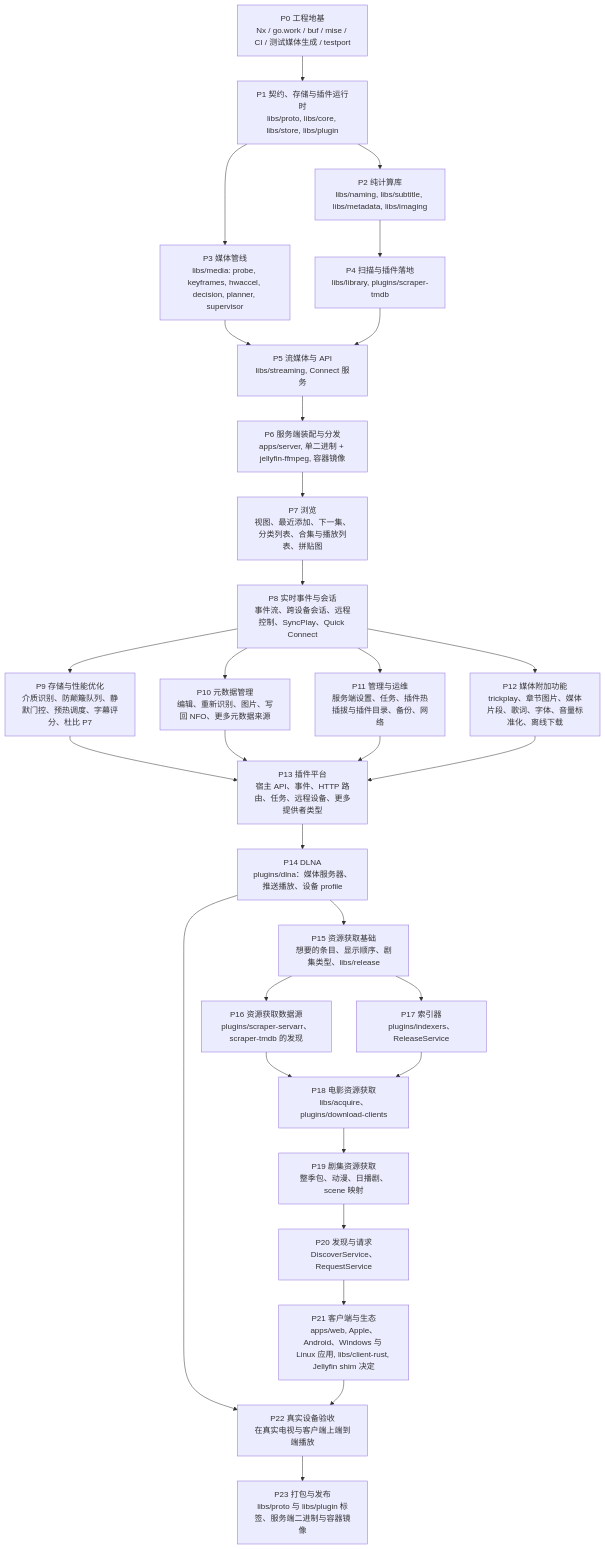
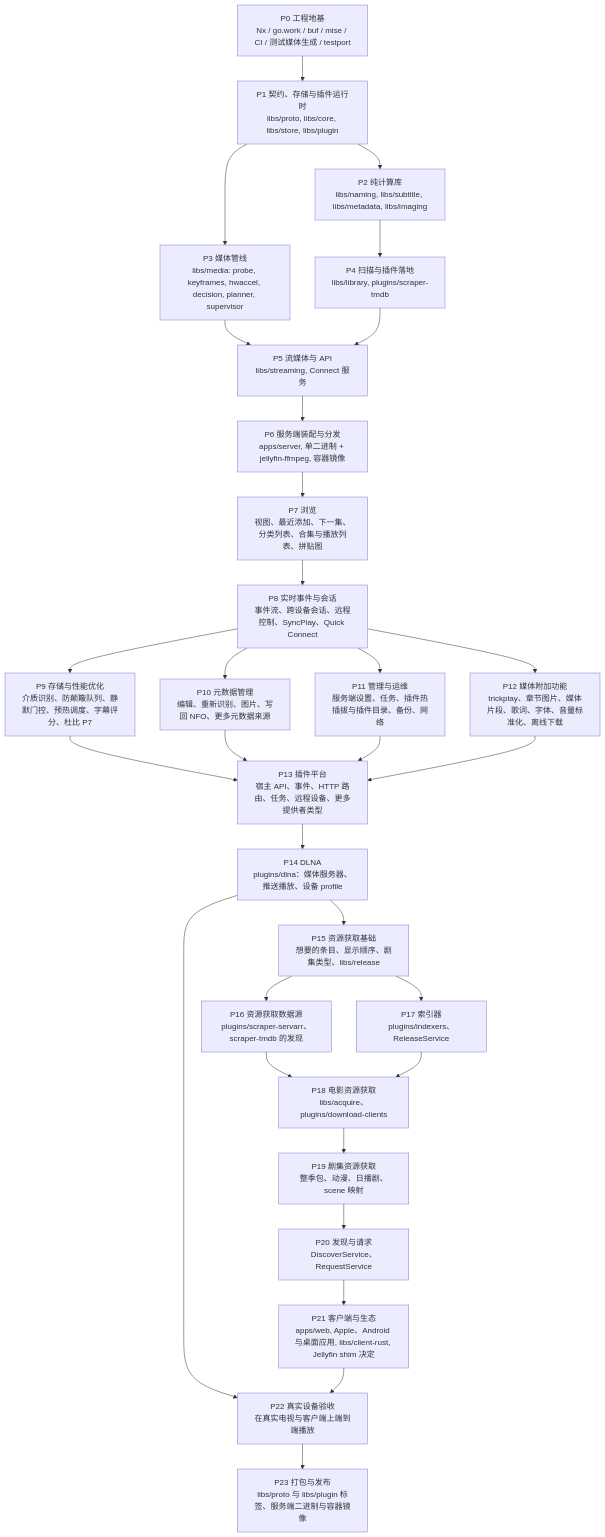
Before and after one commit to mavioai/mavio: the diagram in docs/roadmap.zh-CN.md, drawn with Mermaid. The commit also changed other lines of this file and 19 other files, not shown here.

First line of the commit message:
docs: the desktop app, apps/desktop, on macOS, Windows and Linux

````diff
--- a/docs/roadmap.zh-CN.md
+++ b/docs/roadmap.zh-CN.md
@@ -20,57 +20,57 @@
 ```mermaid
 flowchart TD
     P0["P0 工程地基<br/>Nx / go.work / buf / mise / CI / 测试媒体生成 / testport"]
     P1["P1 契约、存储与插件运行时<br/>libs/proto, libs/core, libs/store, libs/plugin"]
     P2["P2 纯计算库<br/>libs/naming, libs/subtitle, libs/metadata, libs/imaging"]
     P3["P3 媒体管线<br/>libs/media: probe, keyframes, hwaccel, decision, planner, supervisor"]
     P4["P4 扫描与插件落地<br/>libs/library, plugins/scraper-tmdb"]
     P5["P5 流媒体与 API<br/>libs/streaming, Connect 服务"]
     P6["P6 服务端装配与分发<br/>apps/server, 单二进制 + jellyfin-ffmpeg, 容器镜像"]
     P7["P7 浏览<br/>视图、最近添加、下一集、分类列表、合集与播放列表、拼贴图"]
     P8["P8 实时事件与会话<br/>事件流、跨设备会话、远程控制、SyncPlay、Quick Connect"]
     P9["P9 存储与性能优化<br/>介质识别、防颠簸队列、静默门控、预热调度、字幕评分、杜比 P7"]
     P10["P10 元数据管理<br/>编辑、重新识别、图片、写回 NFO、更多元数据来源"]
     P11["P11 管理与运维<br/>服务端设置、任务、插件热插拔与插件目录、备份、网络"]
     P12["P12 媒体附加功能<br/>trickplay、章节图片、媒体片段、歌词、字体、音量标准化、离线下载"]
     P13["P13 插件平台<br/>宿主 API、事件、HTTP 路由、任务、远程设备、更多提供者类型"]
     P14["P14 DLNA<br/>plugins/dlna：媒体服务器、推送播放、设备 profile"]
     P15["P15 资源获取基础<br/>想要的条目、显示顺序、剧集类型、libs/release"]
     P16["P16 资源获取数据源<br/>plugins/scraper-servarr、scraper-tmdb 的发现"]
     P17["P17 索引器<br/>plugins/indexers、ReleaseService"]
     P18["P18 电影资源获取<br/>libs/acquire、plugins/download-clients"]
     P19["P19 剧集资源获取<br/>整季包、动漫、日播剧、scene 映射"]
     P20["P20 发现与请求<br/>DiscoverService、RequestService"]
-    P21["P21 客户端与生态<br/>apps/web, Apple、Android、Windows 与 Linux 应用, libs/client-rust, Jellyfin shim 决定"]
+    P21["P21 客户端与生态<br/>apps/web, Apple、Android 与桌面应用, libs/client-rust, Jellyfin shim 决定"]
     P22["P22 真实设备验收<br/>在真实电视与客户端上端到端播放"]
     P23["P23 打包与发布<br/>libs/proto 与 libs/plugin 标签、服务端二进制与容器镜像"]
 
     P0 --> P1
     P1 --> P2
     P1 --> P3
     P2 --> P4
     P3 --> P5
     P4 --> P5
     P5 --> P6
     P6 --> P7
     P7 --> P8
     P8 --> P9
     P8 --> P10
     P8 --> P11
     P8 --> P12
     P9 --> P13
     P10 --> P13
     P11 --> P13
     P12 --> P13
     P13 --> P14
     P14 --> P15
     P15 --> P16
     P15 --> P17
     P16 --> P18
     P17 --> P18
     P18 --> P19
     P19 --> P20
     P20 --> P21
     P14 --> P22
     P21 --> P22
     P22 --> P23
 ```
````
